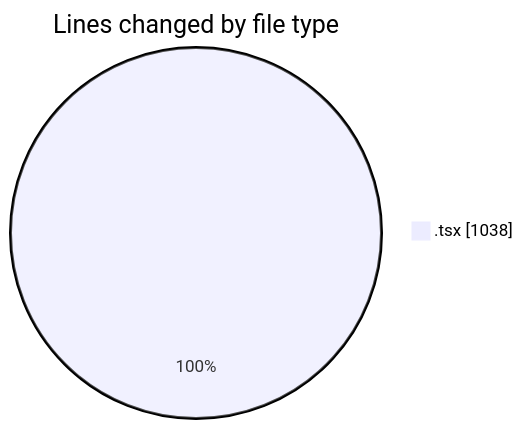
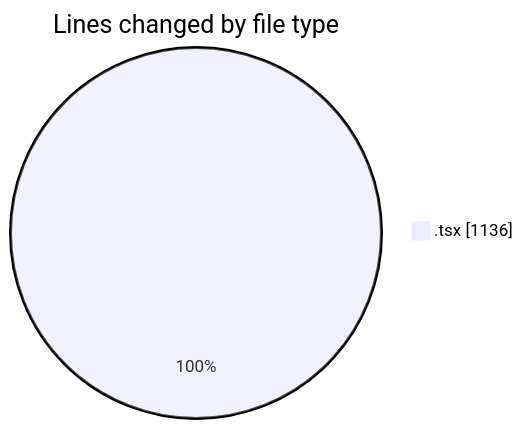
One commit to momahboobian/code-tracking changed the first of 2 diagrams in 2025-06-13/cda/README.md. Above: the diagram before and after it, drawn with Mermaid. The commit also changed other lines of this file and 1 other file, not shown here.

````diff
--- a/2025-06-13/cda/README.md
+++ b/2025-06-13/cda/README.md
@@ -21,5 +21,5 @@
 ```mermaid
 pie showData
 title Lines changed by file type
-".tsx" : 1038
+".tsx" : 1136
 ```
````
